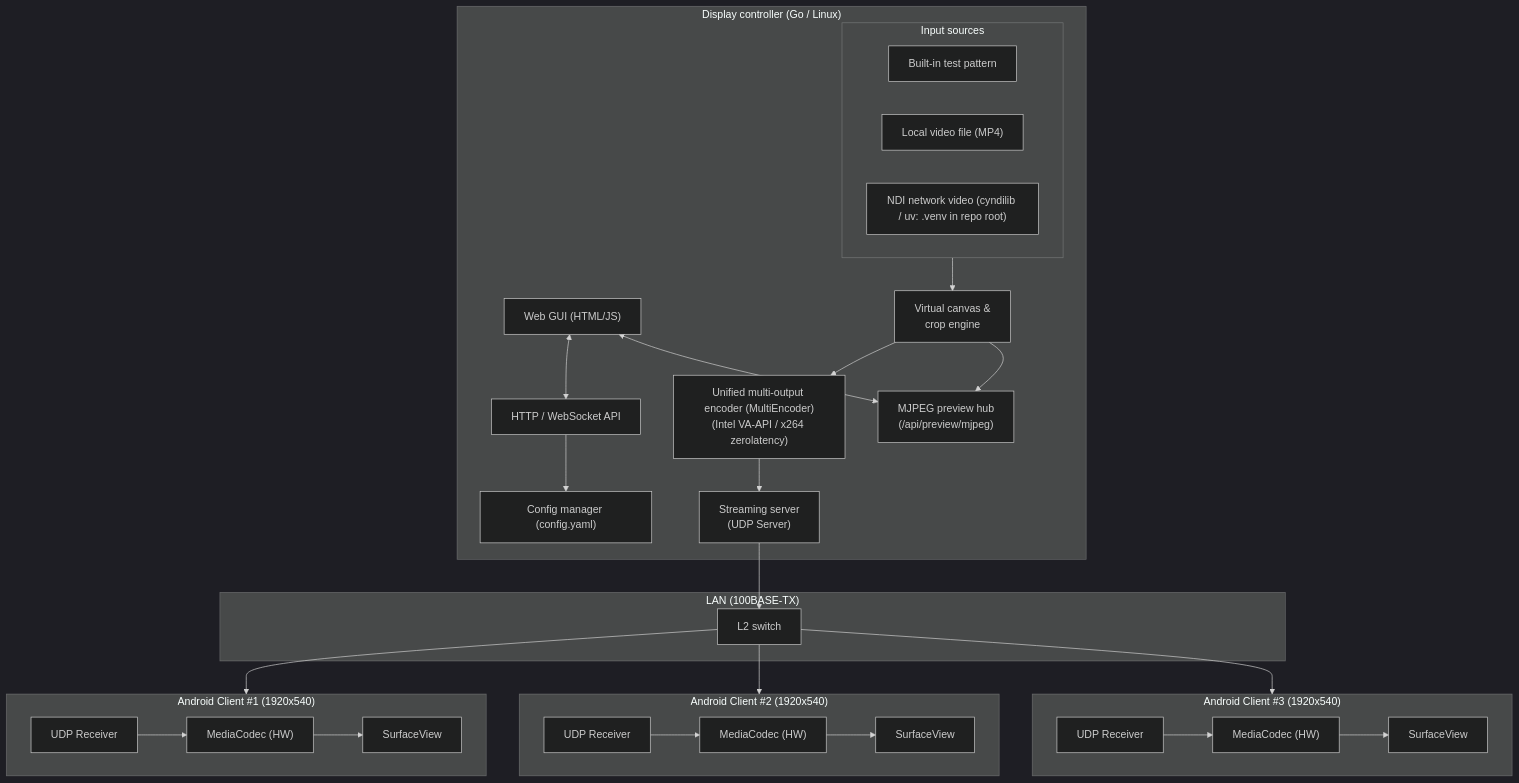
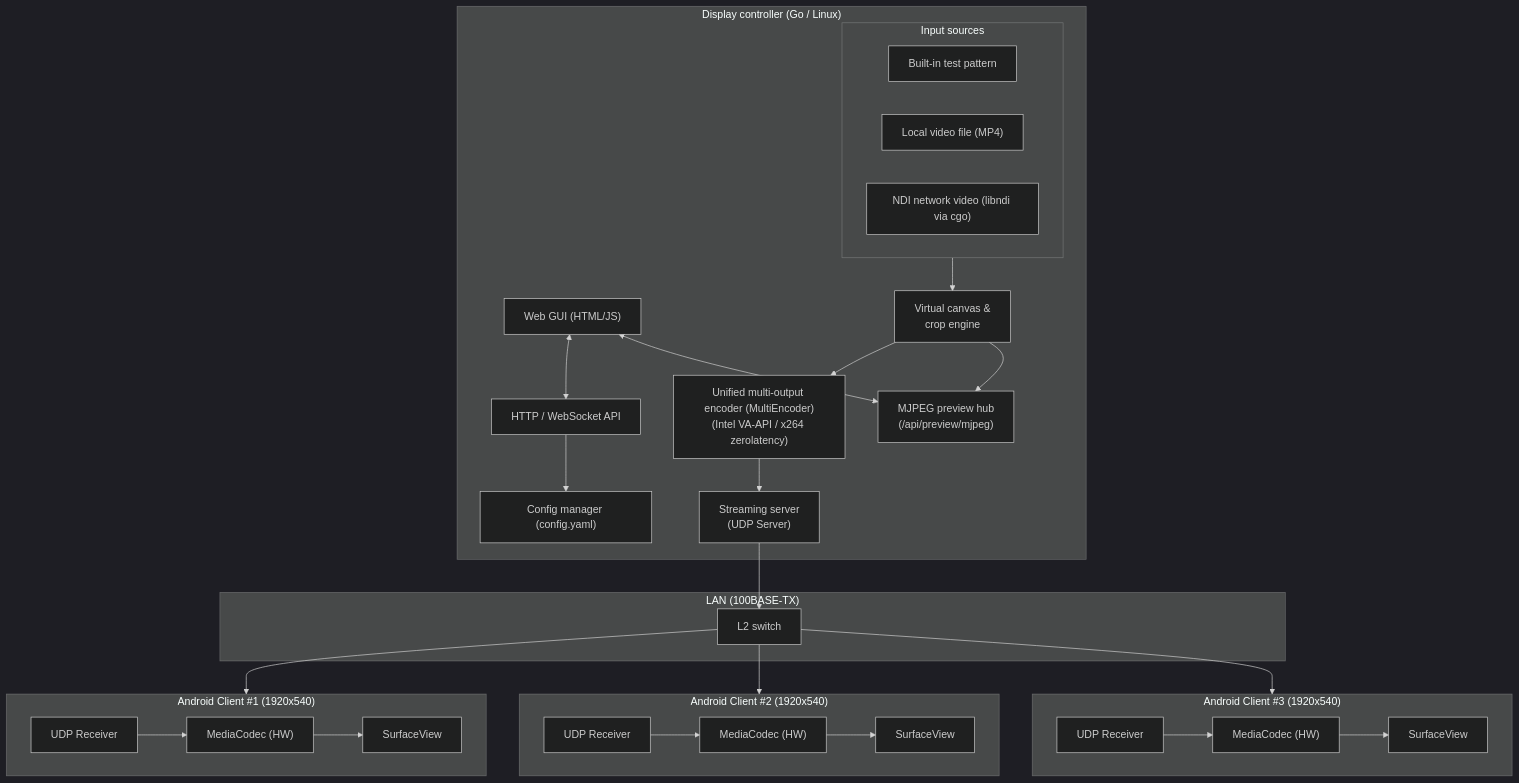
One commit to TechnoTUT/booth-display changed the diagram in docs/architecture.md. Above: the diagram before and after it, drawn with Mermaid (dark theme). The commit also changed other lines of this file and 4 other files, not shown here.

Commit message:
docs: document in-process NDI input and the libndi runtime lookup

````diff
--- a/docs/architecture.md
+++ b/docs/architecture.md
@@ -11,48 +11,48 @@
 ```mermaid
 flowchart TB
     subgraph Controller["Display controller (Go / Linux)"]
         WebGUI["Web GUI (HTML/JS)"]
         APIServer["HTTP / WebSocket API"]
         ConfigMgr["Config manager (config.yaml)"]
         
         subgraph MediaSources["Input sources"]
             TestPattern["Built-in test pattern"]
             VideoFile["Local video file (MP4)"]
-            NDISource["NDI network video (cyndilib / uv: .venv in repo root)"]
+            NDISource["NDI network video (libndi via cgo)"]
         end
 
         CanvasEngine["Virtual canvas &<br/>crop engine"]
         EncoderPool["Unified multi-output encoder (MultiEncoder)<br/>(Intel VA-API / x264 zerolatency)"]
         StreamServer["Streaming server<br/>(UDP Server)"]
         PreviewHub["MJPEG preview hub<br/>(/api/preview/mjpeg)"]
         
         WebGUI <--> APIServer
         APIServer --> ConfigMgr
         MediaSources --> CanvasEngine
         CanvasEngine --> EncoderPool
         CanvasEngine --> PreviewHub
         EncoderPool --> StreamServer
     end
 
     subgraph Network["LAN (100BASE-TX)"]
         Switch["L2 switch"]
     end
 
     subgraph Client1["Android Client #1 (1920x540)"]
         Receiver1["UDP Receiver"] --> Codec1["MediaCodec (HW)"] --> Surface1["SurfaceView"]
     end
 
     subgraph Client2["Android Client #2 (1920x540)"]
         Receiver2["UDP Receiver"] --> Codec2["MediaCodec (HW)"] --> Surface2["SurfaceView"]
     end
 
     subgraph Client3["Android Client #3 (1920x540)"]
         Receiver3["UDP Receiver"] --> Codec3["MediaCodec (HW)"] --> Surface3["SurfaceView"]
     end
 
     StreamServer --> Switch
     Switch --> Client1
     Switch --> Client2
     Switch --> Client3
     WebGUI <--> PreviewHub
 ```
````
